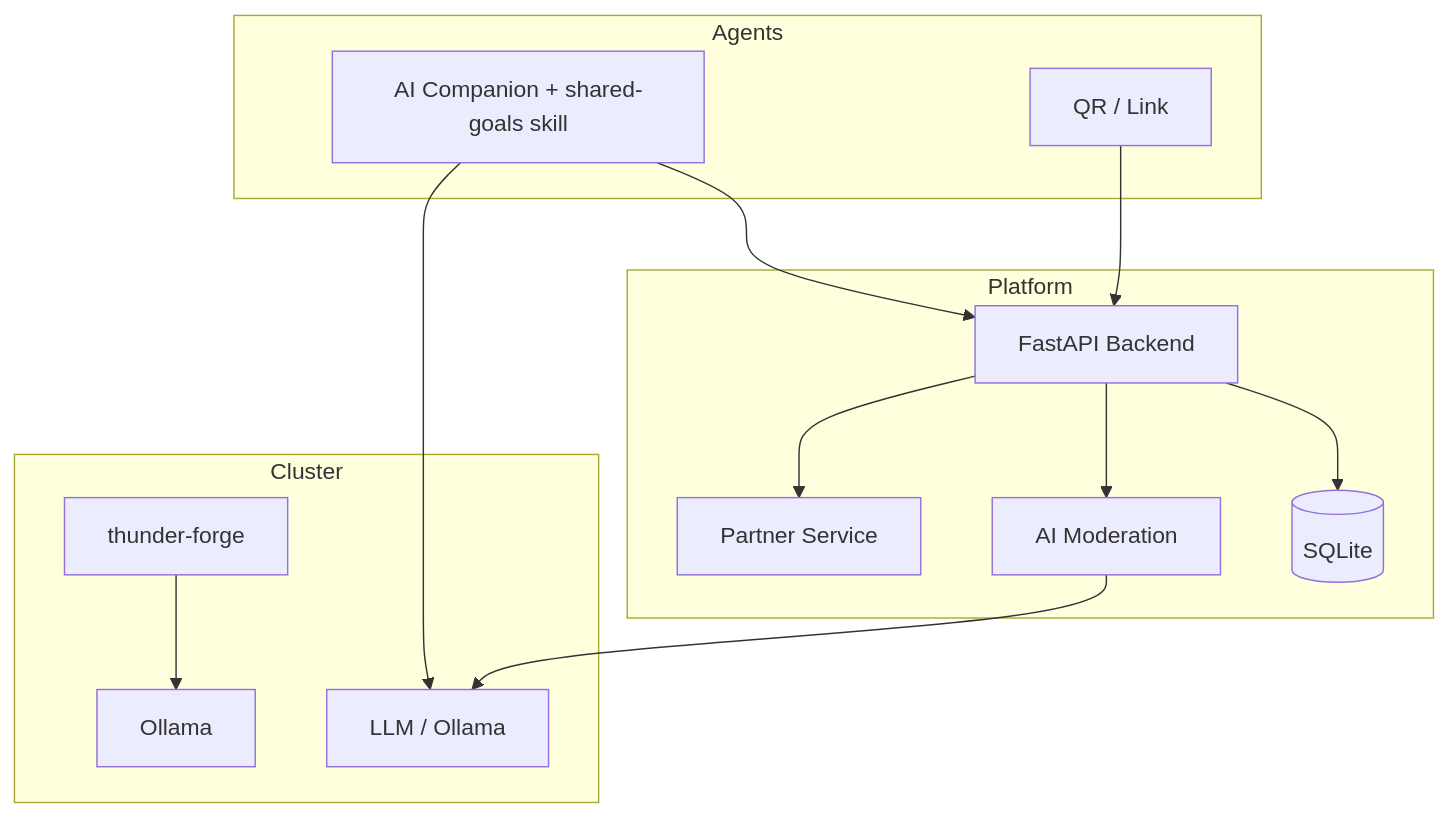
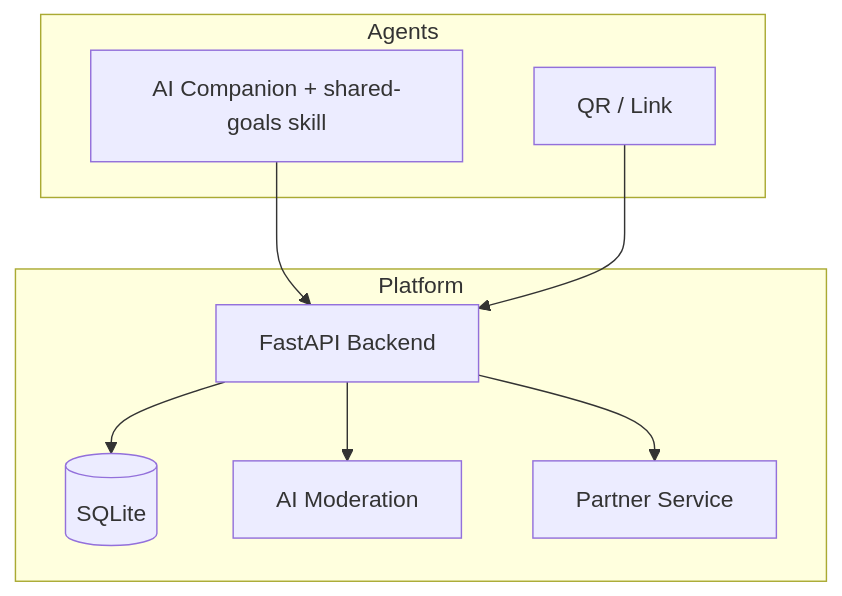
The second of 3 diagrams in README.md (shared-goals/prd), drawn with Mermaid before and after one commit. The commit also changed other lines of this file and 1 other file, not shown here.

````diff
--- a/README.md
+++ b/README.md
@@ -182,28 +186,20 @@
 ```mermaid
 graph TB
     subgraph Agents
         AI[AI Companion + shared-goals skill]
         QR[QR / Link]
     end
 
     subgraph Platform
         API[FastAPI Backend]
         DB[(SQLite)]
         MOD[AI Moderation]
         PARTNER[Partner Service]
     end
 
-    subgraph Cluster
-        LLM[LLM / Ollama]
-        Thunder[thunder-forge]
-        Thunder --> Ollama
-    end
-
     AI --> API
     QR --> API
     API --> DB
     API --> MOD
     API --> PARTNER
-    MOD --> LLM
-    AI --> LLM
 ```
````
